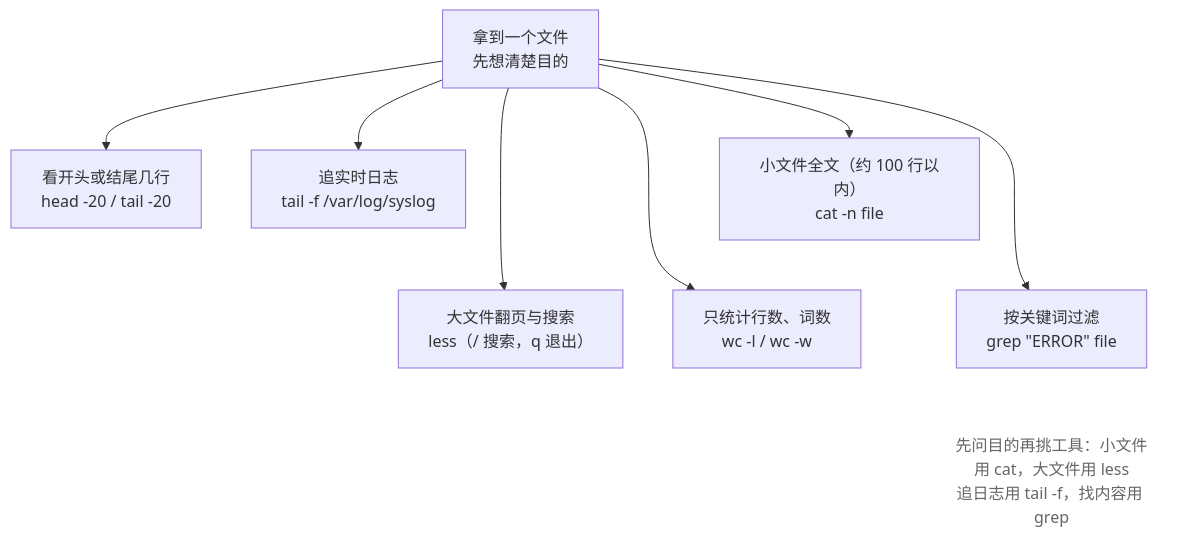
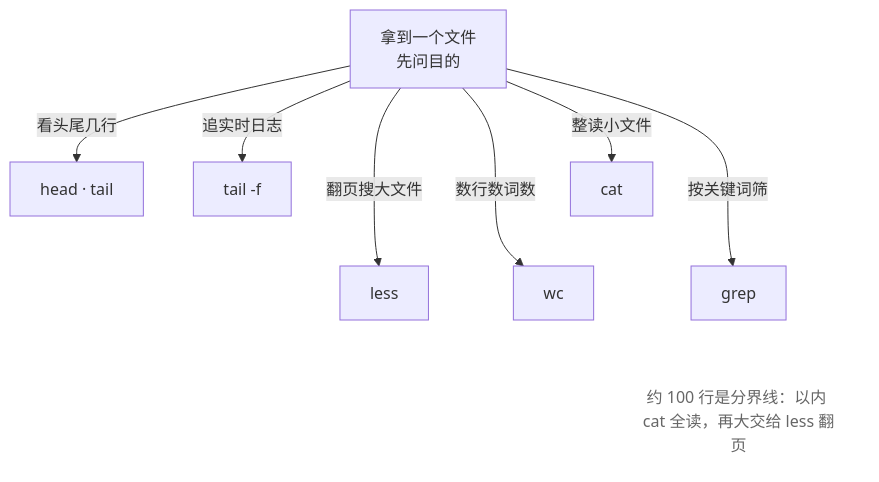
The second of 2 diagrams in src/linux-command/ch04.md (wangxiangnan/wangxiangnan.github.io), drawn with Mermaid before and after one commit. The commit also changed other lines of this file and 25 other files, not shown here.

````diff
--- a/src/linux-command/ch04.md
+++ b/src/linux-command/ch04.md
@@ -619,18 +619,23 @@
 ```mermaid
 flowchart TB
-    A["拿到一个文件<br>先想清楚目的"]
-    B["看开头或结尾几行<br>head -20 / tail -20"]
-    C["追实时日志<br>tail -f /var/log/syslog"]
-    D["小文件全文（约 100 行以内）<br>cat -n file"]
-    E["大文件翻页与搜索<br>less（/ 搜索，q 退出）"]
-    F["只统计行数、词数<br>wc -l / wc -w"]
-    G["按关键词过滤<br>grep #quot;ERROR#quot; file"]
-    N["先问目的再挑工具：小文件用 cat，大文件用 less<br>追日志用 tail -f，找内容用 grep"]
+    A["拿到一个文件<br>先问目的"]
+    B["head · tail"]
+    C["tail -f"]
+    D["cat"]
+    E["less"]
+    F["wc"]
+    G["grep"]
+    N["约 100 行是分界线：以内 cat 全读，再大交给 less 翻页"]
 
-    A --> B & C & D & E & F & G
+    A -->|"看头尾几行"| B
+    A -->|"追实时日志"| C
+    A -->|"整读小文件"| D
+    A -->|"翻页搜大文件"| E
+    A -->|"数行数词数"| F
+    A -->|"按关键词筛"| G
     D ~~~ E & F & G
     G ~~~ N
 
     classDef note fill:none,stroke:none,color:#666
     class N note
 ```
````
